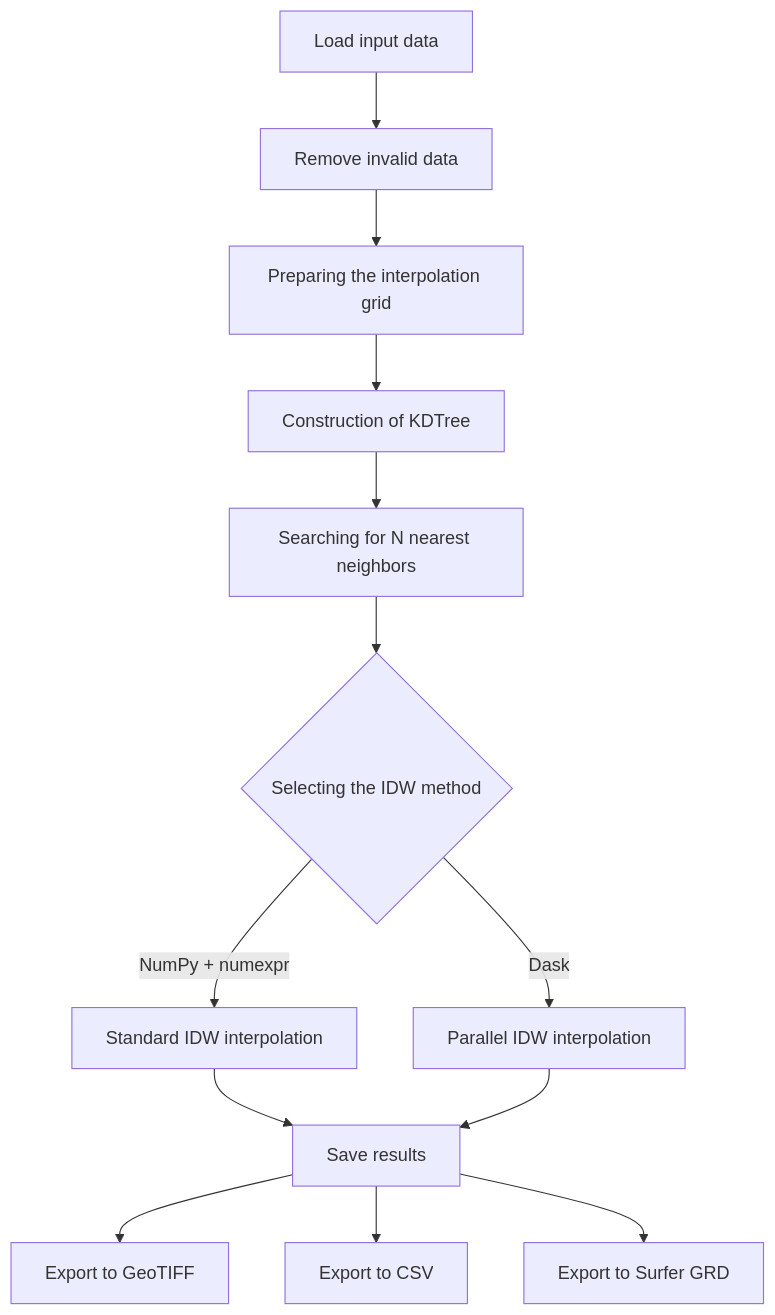
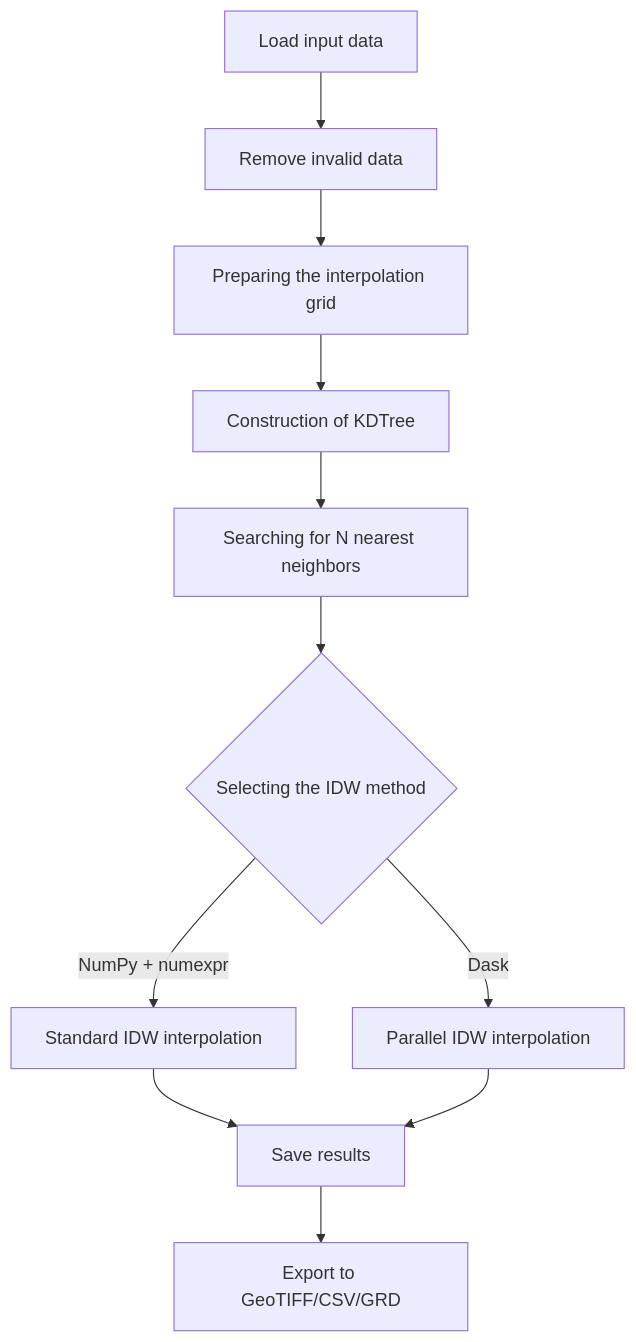
One commit to ZSIP/FIDWaC changed the first of 2 diagrams in README.md. Above: the diagram before and after it, drawn with Mermaid. The commit also changed other lines of this file, not shown here.

````diff
--- a/README.md
+++ b/README.md
@@ -136,15 +159,13 @@
 ```mermaid
 graph TB
     A[Load input data] --> B[Remove invalid data]
     B --> C[Preparing the interpolation grid]
     C --> D[Construction of KDTree]
     D --> E[Searching for N nearest neighbors]
     E --> F{Selecting the IDW method}
     F -->|NumPy + numexpr| G1[Standard IDW interpolation]
     F -->|Dask| G2[Parallel IDW interpolation]
     G1 --> H[Save results]
     G2 --> H
-    H --> I[Export to GeoTIFF]
-    H --> J[Export to CSV]
-    H --> K[Export to Surfer GRD]
+    H --> I[Export to GeoTIFF/CSV/GRD]
 ```
````
